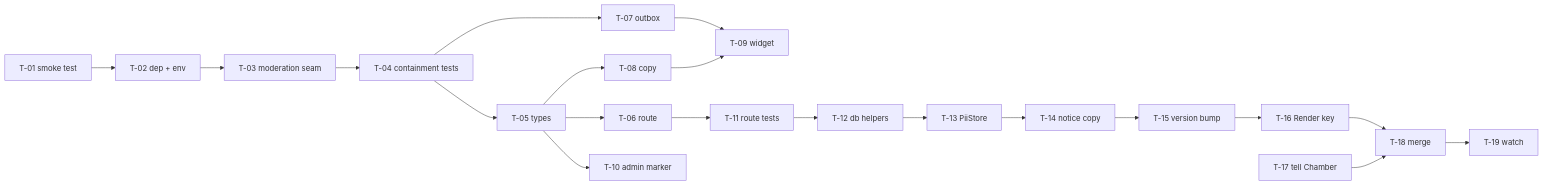
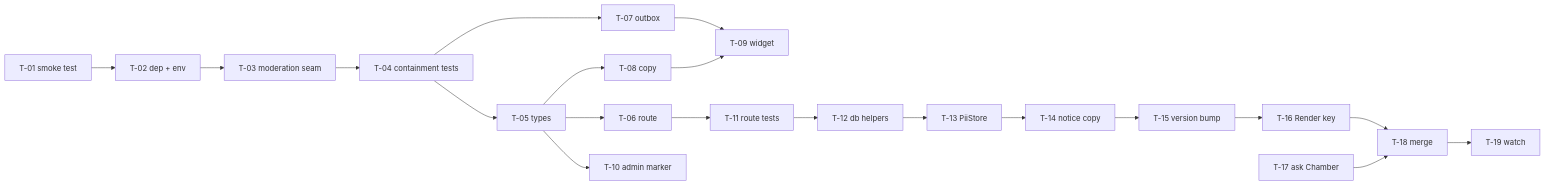
The diagram in docs/FEEDBACK-GUARDRAIL/plan.md (matthager12-collab/ExploreKingstonChamberApp), drawn with Mermaid before and after one commit. The commit also changed other lines of this file and 4 other files, not shown here.

````diff
--- a/docs/FEEDBACK-GUARDRAIL/plan.md
+++ b/docs/FEEDBACK-GUARDRAIL/plan.md
@@ -118,22 +118,22 @@
 ```mermaid
 graph LR
   T01[T-01 smoke test] --> T02[T-02 dep + env]
   T02 --> T03[T-03 moderation seam]
   T03 --> T04[T-04 containment tests]
   T04 --> T05[T-05 types]
   T05 --> T06[T-06 route]
   T04 --> T07[T-07 outbox]
   T05 --> T08[T-08 copy]
   T07 --> T09[T-09 widget]
   T08 --> T09
   T05 --> T10[T-10 admin marker]
   T06 --> T11[T-11 route tests]
   T11 --> T12[T-12 db helpers]
   T12 --> T13[T-13 PiiStore]
   T13 --> T14[T-14 notice copy]
   T14 --> T15[T-15 version bump]
   T15 --> T16[T-16 Render key]
   T16 --> T18[T-18 merge]
-  T17[T-17 tell Chamber] --> T18
+  T17[T-17 ask Chamber] --> T18
   T18 --> T19[T-19 watch]
 ```
````
